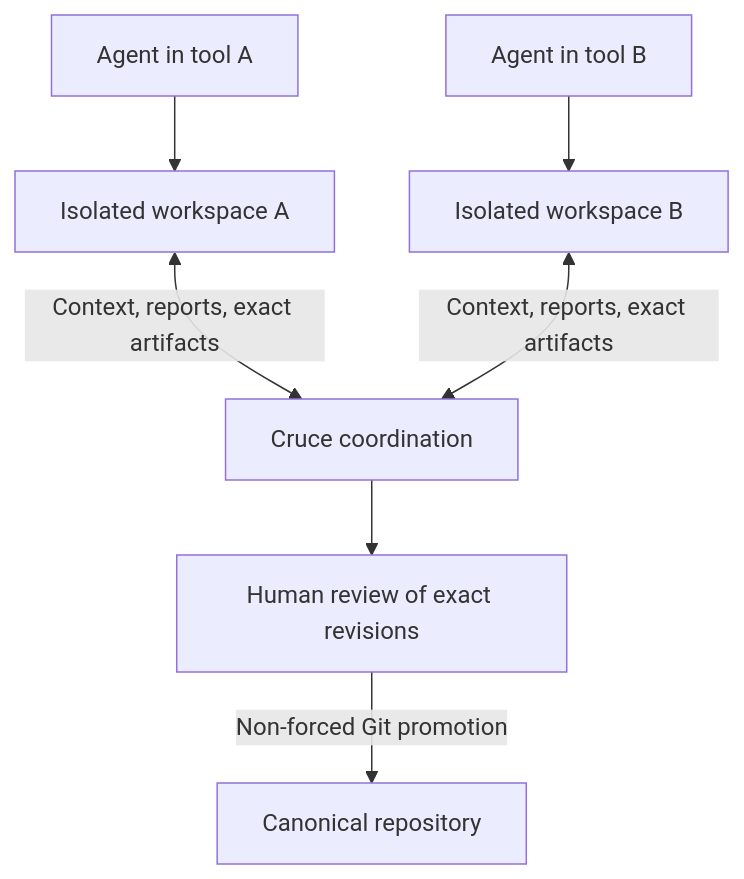
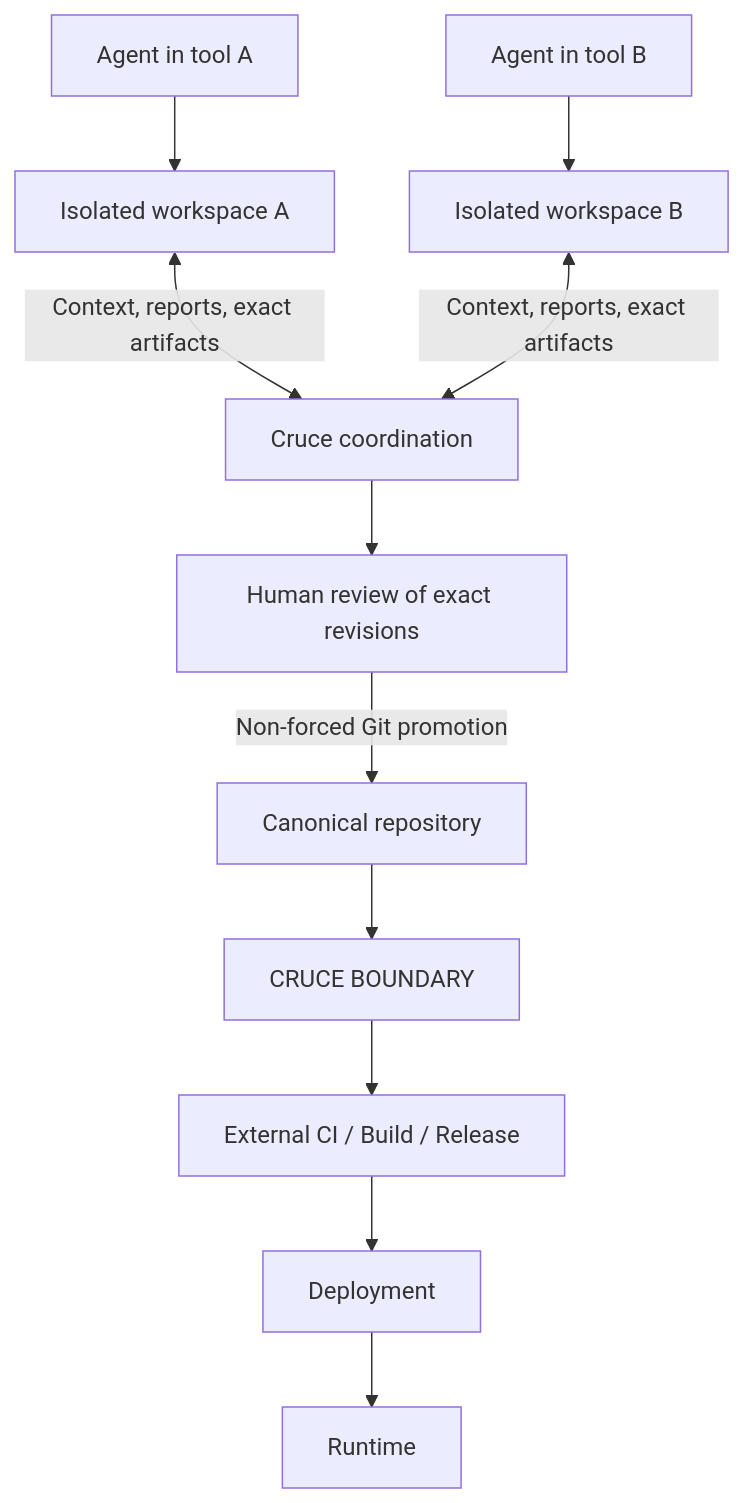
Before and after one commit to acltabontabon/cruce: the diagram in README.md, drawn with Mermaid. The commit also changed other lines of this file and 43 other files, not shown here.

````diff
--- a/README.md
+++ b/README.md
@@ -9,9 +9,13 @@
 ```mermaid
 flowchart TB
     A[Agent in tool A] --> WA[Isolated workspace A]
     B[Agent in tool B] --> WB[Isolated workspace B]
     WA <-->|Context, reports, exact artifacts| C[Cruce coordination]
     WB <-->|Context, reports, exact artifacts| C
     C --> R[Human review of exact revisions]
     R -->|Non-forced Git promotion| G[Canonical repository]
+    G --> X[CRUCE BOUNDARY]
+    X --> CI[External CI / Build / Release]
+    CI --> D[Deployment]
+    D --> RT[Runtime]
 ```
````
